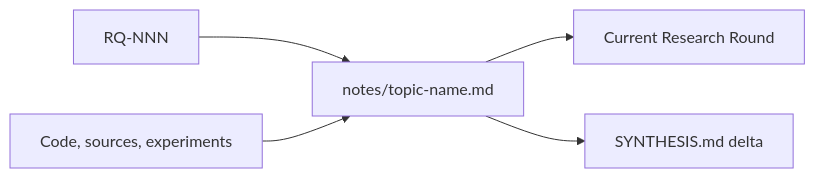
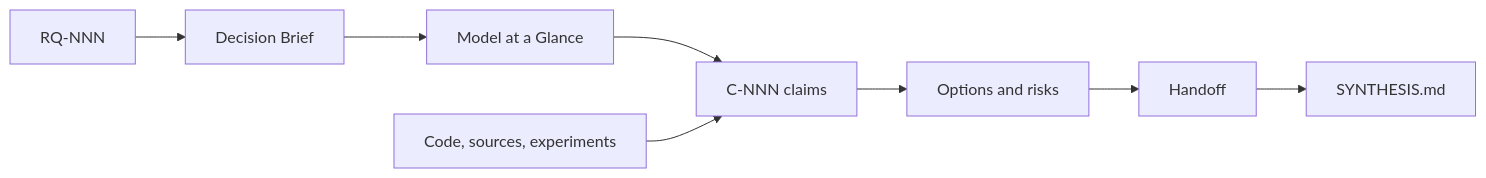
Before and after one commit to XiaoWeiKIN/RepoFoundryAI: the diagram in engineering-research/references/topic.md, drawn with Mermaid. The commit also changed other lines of this file and 8 other files, not shown here.

````diff
--- a/engineering-research/references/topic.md
+++ b/engineering-research/references/topic.md
@@ -14,7 +24,10 @@
 ```mermaid
 flowchart LR
-    Q["RQ-NNN"] --> T["notes/topic-name.md"]
-    E["Code, sources, experiments"] --> T
-    T --> R["Current Research Round"]
-    T --> S["SYNTHESIS.md delta"]
+    Q["RQ-NNN"] --> B["Decision Brief"]
+    B --> M["Model at a Glance"]
+    M --> C["C-NNN claims"]
+    E["Code, sources, experiments"] --> C
+    C --> O["Options and risks"]
+    O --> H["Handoff"]
+    H --> S["SYNTHESIS.md"]
 ```
````
